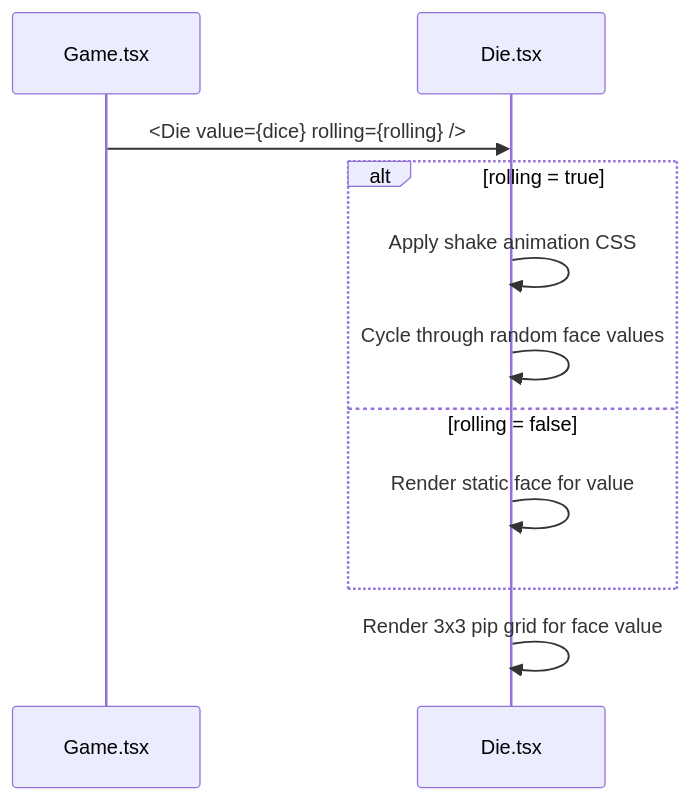
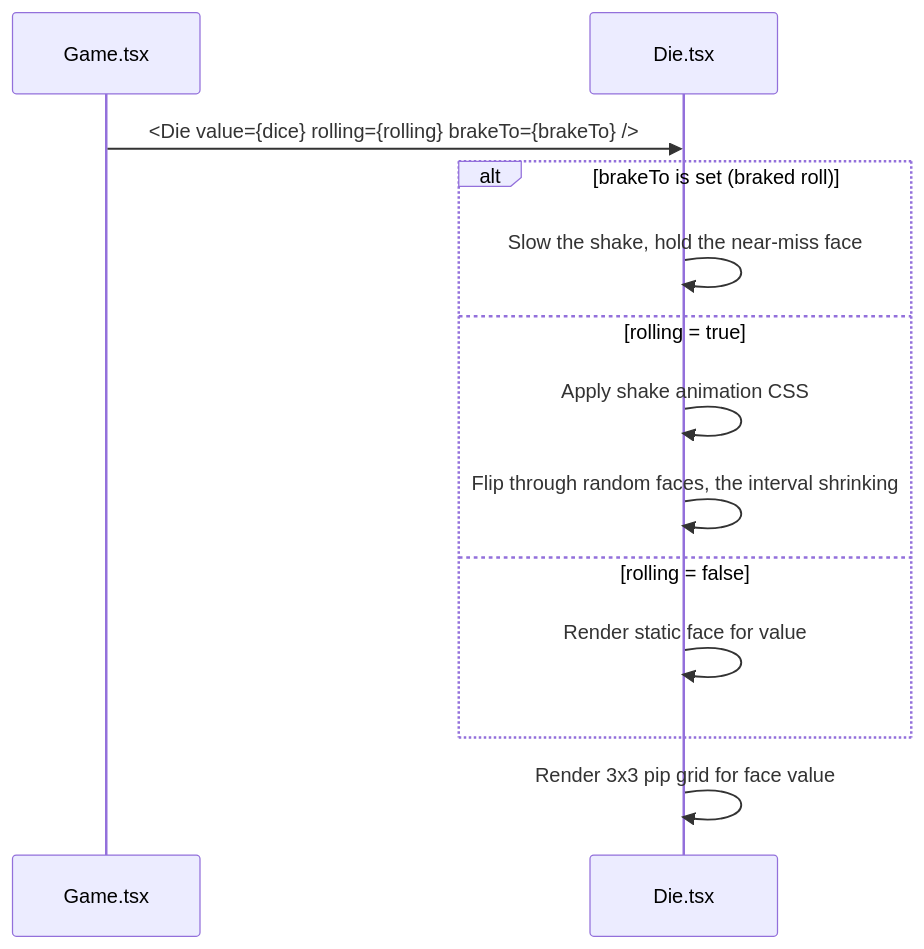
The third of 4 diagrams in docs/frontend/frontend-components-system.md (IrmaJoKerr/ft_transcendence-ludo), drawn with Mermaid before and after one commit. The commit also changed other lines of this file and 4 other files, not shown here.

Commit message:
feature(frontend): a tap on the spinning die brakes the roll into 450-750ms and never changes the face; the tumble accelerates and settles on the neighbouring face. Docs: updated to match.

````diff
--- a/docs/frontend/frontend-components-system.md
+++ b/docs/frontend/frontend-components-system.md
@@ -155,14 +157,16 @@
 ```mermaid
 sequenceDiagram
     participant Game as Game.tsx
     participant Die as Die.tsx
 
-    Game->>Die: <Die value={dice} rolling={rolling} />
-    alt rolling = true
+    Game->>Die: <Die value={dice} rolling={rolling} brakeTo={brakeTo} />
+    alt brakeTo is set (braked roll)
+        Die->>Die: Slow the shake, hold the near-miss face
+    else rolling = true
         Die->>Die: Apply shake animation CSS
-        Die->>Die: Cycle through random face values
+        Die->>Die: Flip through random faces, the interval shrinking
     else rolling = false
         Die->>Die: Render static face for value
     end
     Die->>Die: Render 3x3 pip grid for face value
 ```
````
